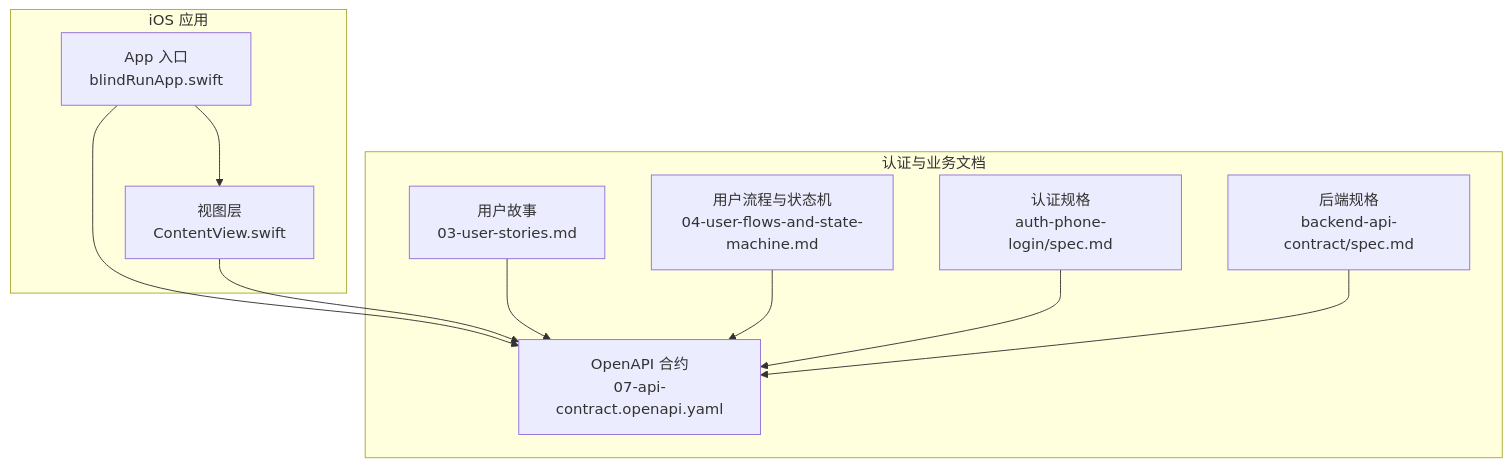
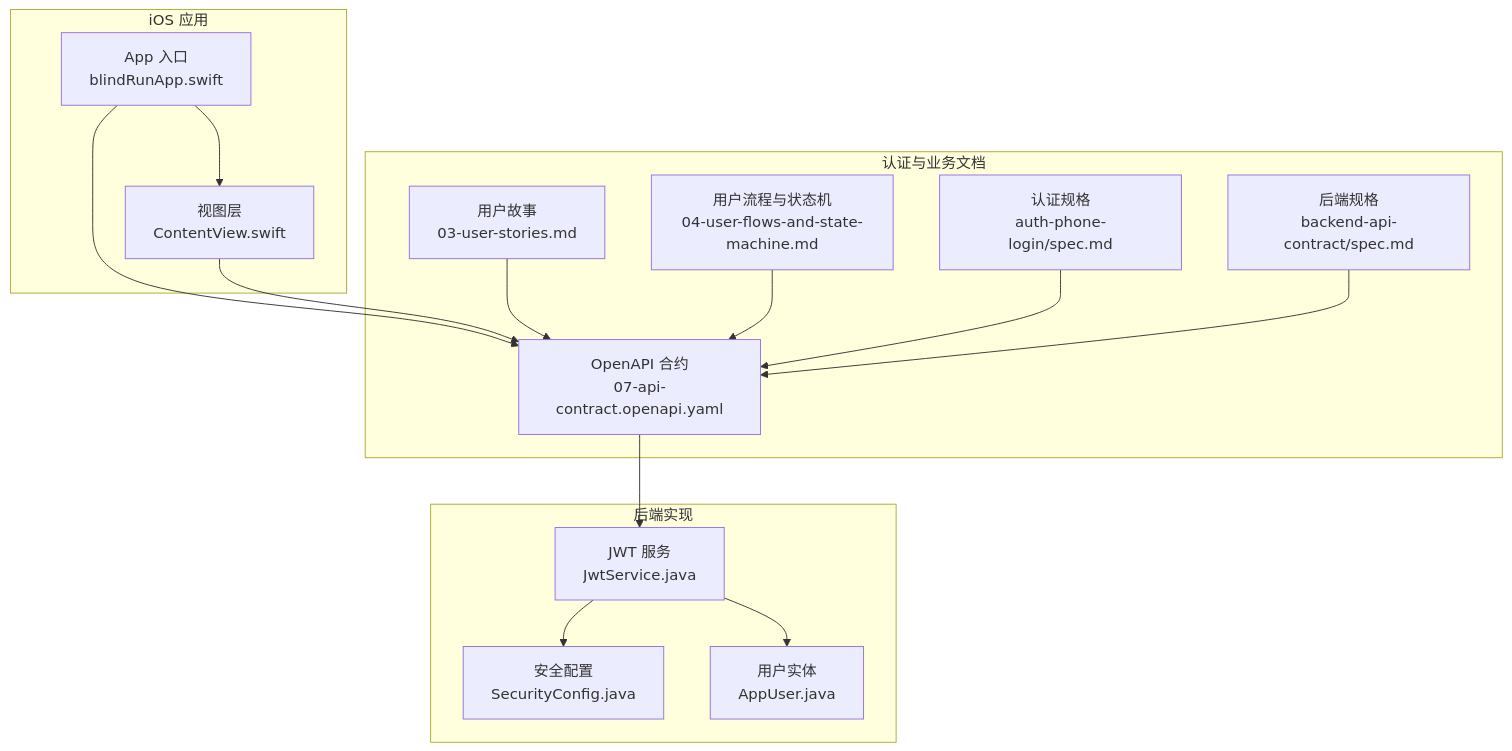
Before and after one commit to Jayden23018/blind-run-ios: the first of 9 diagrams in .qoder/repowiki/zh/content/核心功能模块/认证系统.md, drawn with Mermaid. The commit also changed other lines of this file and 7 other files, not shown here.

````diff
--- a/.qoder/repowiki/zh/content/核心功能模块/认证系统.md
+++ b/.qoder/repowiki/zh/content/核心功能模块/认证系统.md
@@ -39,21 +44,29 @@
 ```mermaid
 graph TB
 subgraph "iOS 应用"
 App["App 入口<br/>blindRunApp.swift"]
 View["视图层<br/>ContentView.swift"]
 end
 subgraph "认证与业务文档"
 Stories["用户故事<br/>03-user-stories.md"]
 Flow["用户流程与状态机<br/>04-user-flows-and-state-machine.md"]
 API["OpenAPI 合约<br/>07-api-contract.openapi.yaml"]
 SpecAuth["认证规格<br/>auth-phone-login/spec.md"]
 SpecBackend["后端规格<br/>backend-api-contract/spec.md"]
 end
+subgraph "后端实现"
+JwtService["JWT 服务<br/>JwtService.java"]
+SecurityConfig["安全配置<br/>SecurityConfig.java"]
+AppUser["用户实体<br/>AppUser.java"]
+end
 App --> View
 App --> API
 View --> API
 Stories --> API
 Flow --> API
 SpecAuth --> API
 SpecBackend --> API
+API --> JwtService
+JwtService --> SecurityConfig
+JwtService --> AppUser
 ```
````
